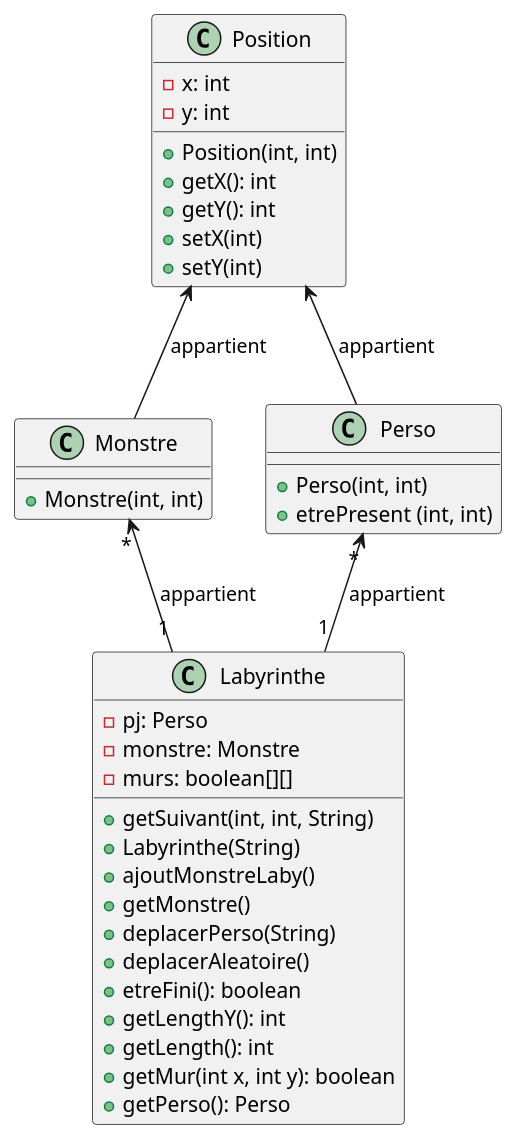
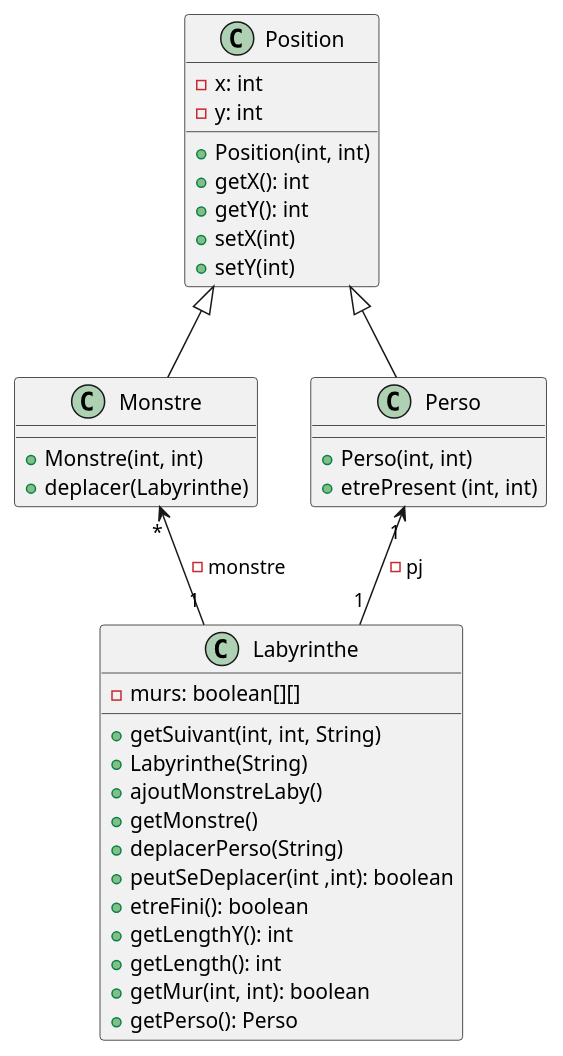
Before and after one commit to Erwanquilliou/2024_Zeldiablo_quilliou2u_leveque58u: the diagram in zeldiablo/documents/version_1/diagclass_monstreDeplacementAleatoire.puml, drawn with PlantUML.

Commit message:
diagclasse méthodes peutSeDeplacer et deplacer

```diff
--- a/zeldiablo/documents/version_1/diagclass_monstreDeplacementAleatoire.puml
+++ b/zeldiablo/documents/version_1/diagclass_monstreDeplacementAleatoire.puml
@@ -1,47 +1,45 @@
 @startuml
 
 class Position{
 - x: int
 - y: int
 + Position(int, int)
 + getX(): int
 + getY(): int
 + setX(int)
 + setY(int)
 }
 
-Position <-- Monstre : appartient
+Position <|-- Monstre
 
 class Monstre{
 + Monstre(int, int)
-
++ deplacer(Labyrinthe)
 }
 
-Position <-- Perso : appartient
+Position <|-- Perso
 
 class Perso{
 + Perso(int, int)
 + etrePresent (int, int)
 }
 
-Monstre "*" <-- "1" Labyrinthe : appartient
-Perso "*" <-- "1" Labyrinthe : appartient
+Monstre "*" <-- "1" Labyrinthe : -monstre
+Perso "1" <-- "1" Labyrinthe : - pj
 
 class Labyrinthe{
-- pj: Perso
-- monstre: Monstre
 - murs: boolean[][]
 + getSuivant(int, int, String)
 + Labyrinthe(String)
 + ajoutMonstreLaby()
 + getMonstre()
 + deplacerPerso(String)
-+ deplacerAleatoire()
++ peutSeDeplacer(int ,int): boolean
 + etreFini(): boolean
 + getLengthY(): int
 + getLength(): int
-+ getMur(int x, int y): boolean
++ getMur(int, int): boolean
 + getPerso(): Perso
 }
 
 @enduml
```
